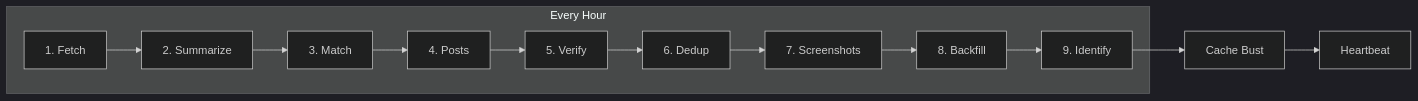
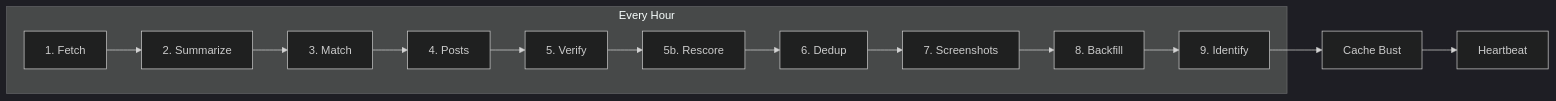
The first of 6 diagrams in docs/lyra-pipeline.md (ancientnerds/AncientMap), drawn with Mermaid (dark theme) before and after one commit. The commit also changed other lines of this file and 6 other files, not shown here.

First line of the commit message:
Update all documentation to reflect audit hardening and current architecture

````diff
--- a/docs/lyra-pipeline.md
+++ b/docs/lyra-pipeline.md
@@ -9,15 +9,16 @@
 ```mermaid
 flowchart LR
     subgraph "Every Hour"
         F[1. Fetch] --> S[2. Summarize]
         S --> M[3. Match]
         M --> P[4. Posts]
         P --> V[5. Verify]
-        V --> D[6. Dedup]
+        V --> R[5b. Rescore]
+        R --> D[6. Dedup]
         D --> SC[7. Screenshots]
         SC --> B[8. Backfill]
         B --> I[9. Identify]
     end
     I --> CB[Cache Bust]
     CB --> HB[Heartbeat]
 ```
````
